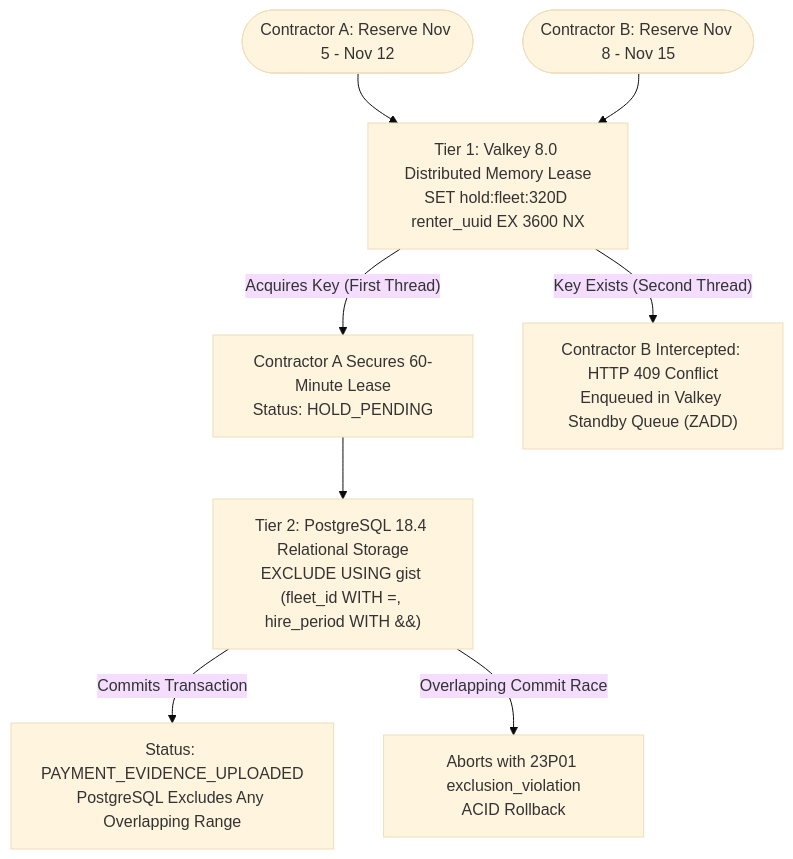
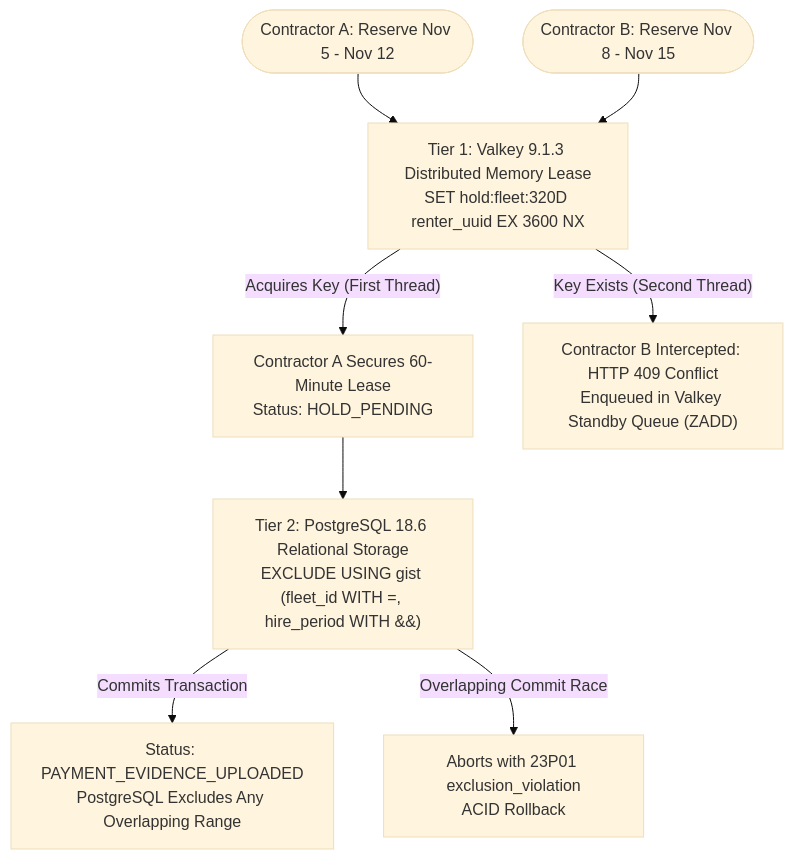
The fourth of 5 diagrams in docs/shared/requirements/01-introduction.md (YDink/Heavy-Machinery-Logistics-Rental), drawn with Mermaid (base theme) before and after one commit. The commit also changed other lines of this file and 212 other files, not shown here.

````diff
--- a/docs/shared/requirements/01-introduction.md
+++ b/docs/shared/requirements/01-introduction.md
@@ -345,13 +345,13 @@
 ```mermaid
 flowchart TD
-    ReqA(["Contractor A: Reserve Nov 5 - Nov 12"]) --> Tier1["Tier 1: Valkey 8.0 Distributed Memory Lease<br/>SET hold:fleet:320D renter_uuid EX 3600 NX"]
+    ReqA(["Contractor A: Reserve Nov 5 - Nov 12"]) --> Tier1["Tier 1: Valkey 9.1.3 Distributed Memory Lease<br/>SET hold:fleet:320D renter_uuid EX 3600 NX"]
     ReqB(["Contractor B: Reserve Nov 8 - Nov 15"]) --> Tier1
 
     Tier1 -->|"Acquires Key (First Thread)"| LeaseA["Contractor A Secures 60-Minute Lease<br/>Status: HOLD_PENDING"]
     Tier1 -->|"Key Exists (Second Thread)"| ConflictB["Contractor B Intercepted: HTTP 409 Conflict<br/>Enqueued in Valkey Standby Queue (ZADD)"]
 
-    LeaseA --> Tier2["Tier 2: PostgreSQL 18.4 Relational Storage<br/>EXCLUDE USING gist (fleet_id WITH =, hire_period WITH &&)"]
+    LeaseA --> Tier2["Tier 2: PostgreSQL 18.6 Relational Storage<br/>EXCLUDE USING gist (fleet_id WITH =, hire_period WITH &&)"]
     
     Tier2 -->|"Commits Transaction"| DBOk["Status: PAYMENT_EVIDENCE_UPLOADED<br/>PostgreSQL Excludes Any Overlapping Range"]
     Tier2 -->|"Overlapping Commit Race"| DBViolation["Aborts with 23P01 exclusion_violation<br/>ACID Rollback"]
 ```
````
